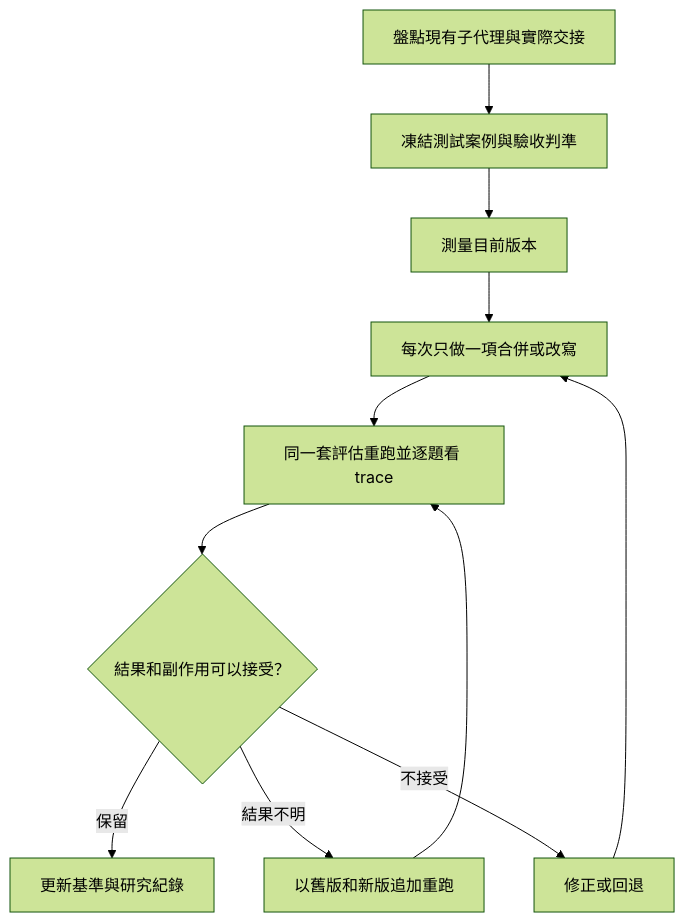
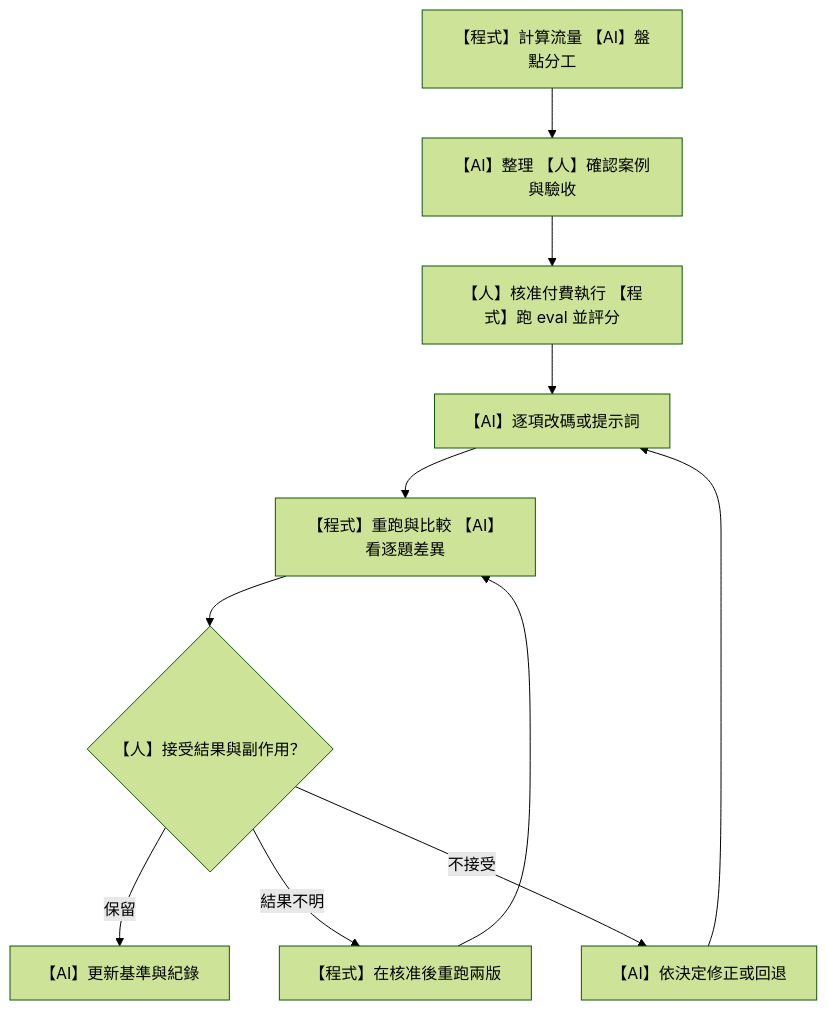
The first of 4 diagrams in AI/2026-10-22-BUILDING-AGENTS-WHEN-TO-FOLD-SUBAGENTS.md (swchen44/personal-knowledge-base-from-ai), drawn with Mermaid (forest theme) before and after one commit. The commit also changed other lines of this file and 1 other file, not shown here.

Commit message:
kb: label rule-based, model, and human actions in loop diagrams

````diff
--- a/AI/2026-10-22-BUILDING-AGENTS-WHEN-TO-FOLD-SUBAGENTS.md
+++ b/AI/2026-10-22-BUILDING-AGENTS-WHEN-TO-FOLD-SUBAGENTS.md
@@ -81,13 +81,13 @@
 ```mermaid
 flowchart TD
-    A["盤點現有子代理與實際交接"] --> B["凍結測試案例與驗收判準"]
-    B --> C["測量目前版本"]
-    C --> D["每次只做一項合併或改寫"]
-    D --> E["同一套評估重跑並逐題看 trace"]
-    E --> F{"結果和副作用可以接受？"}
-    F -->|保留| G["更新基準與研究紀錄"]
-    F -->|結果不明| H["以舊版和新版追加重跑"]
+    A["【程式】計算流量 【AI】盤點分工"] --> B["【AI】整理 【人】確認案例與驗收"]
+    B --> C["【人】核准付費執行 【程式】跑 eval 並評分"]
+    C --> D["【AI】逐項改碼或提示詞"]
+    D --> E["【程式】重跑與比較 【AI】看逐題差異"]
+    E --> F{"【人】接受結果與副作用？"}
+    F -->|保留| G["【AI】更新基準與紀錄"]
+    F -->|結果不明| H["【程式】在核准後重跑兩版"]
     H --> E
-    F -->|不接受| I["修正或回退"]
+    F -->|不接受| I["【AI】依決定修正或回退"]
     I --> D
 ```
````
